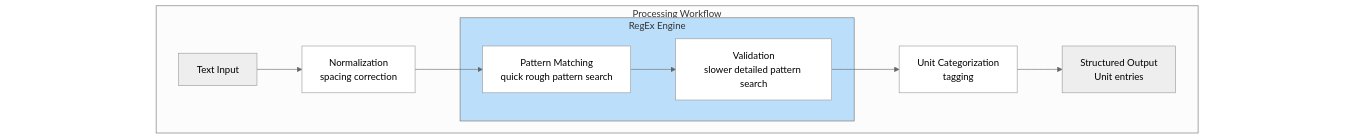
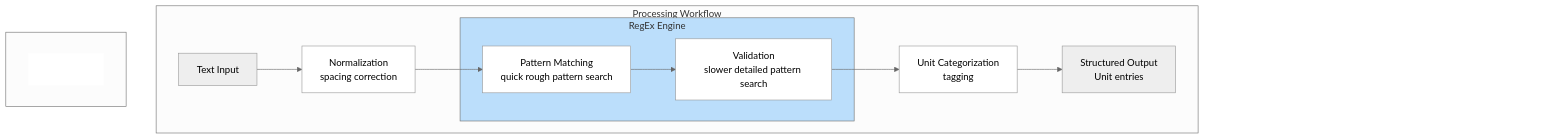
One commit to seanox/seanox-ai-nlp changed the diagram in seanox_ai_nlp/units/README.md. Above: the diagram before and after it, drawn with Mermaid.

Commit message:
#0000 Documentation: Update of content

````diff
--- a/seanox_ai_nlp/units/README.md
+++ b/seanox_ai_nlp/units/README.md
@@ -705,37 +705,34 @@
 ```mermaid
 ---
 config:
   theme: neutral
 ---
 flowchart TD
-    subgraph subGraphRight[" "]
-        R["&nbsp;&nbsp;&nbsp;&nbsp;&nbsp;&nbsp;&nbsp;&nbsp;&nbsp;&nbsp;&nbsp;&nbsp;&nbsp;&nbsp;&nbsp;&nbsp;"]
-    end
+    R["12345678901234567890123456789012345678901234567890"]
     subgraph subGraphWorkflow["Processing Workflow"]
         A["Text Input"]
         B["Normalization<br/>spacing correction"]
         subgraph subGraphRegExEngine["RegEx Engine"]
             C["Pattern Matching<br/>quick rough pattern search"]
             D["Validation<br/>slower detailed pattern search"]
         end
         E["Unit Categorization<br/>tagging"]
         F["Structured Output<br>Unit entries"]
     end
+    L["12345678901234567890123456789012345678901234567890"]
     subgraph subGraphLeft[" "]
         L["&nbsp;&nbsp;&nbsp;&nbsp;&nbsp;&nbsp;&nbsp;&nbsp;&nbsp;&nbsp;&nbsp;&nbsp;&nbsp;&nbsp;&nbsp;&nbsp;"]
     end
     A --> B
     B --> C
     C --> D
     D --> E
     E --> F
     style subGraphRegExEngine fill:#BBDEFB  
     style B fill:#FFFFFF
     style C fill:#FFFFFF
     style D fill:#FFFFFF
     style E fill:#FFFFFF
-    style subGraphLeft fill:#FFFFFF,stroke:#FFFFFF,stroke-width:0px
-    style L fill:#FFFFFF,stroke:#FFFFFF,stroke-width:0px
-    style subGraphRight fill:#FFFFFF,stroke:#FFFFFF,stroke-width:0px
-    style R fill:#FFFFFF,stroke:#FFFFFF,stroke-width:0px
+    style L fill:#FFFFFF,stroke:#FFFFFF,stroke-width:0px,color:#FFFFFF
+    style R fill:#FFFFFF,stroke:#FFFFFF,stroke-width:0px,color:#FFFFFF
 ```
````
